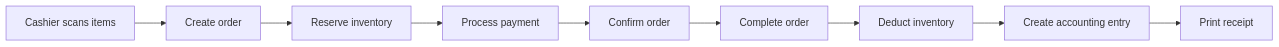
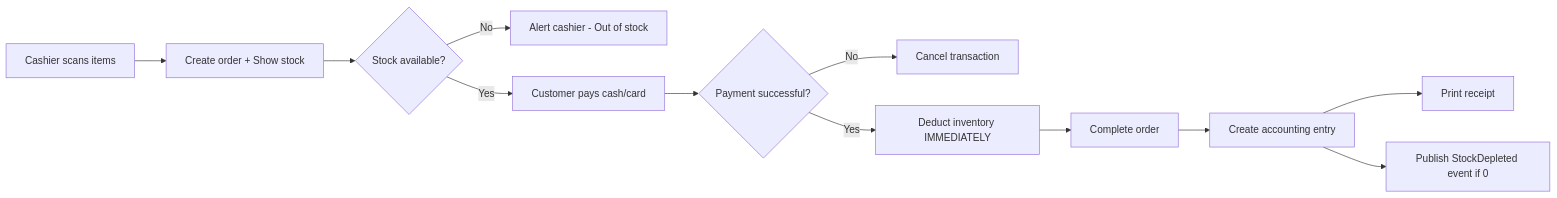
One commit to lukmanha083/kidkazz changed the third of 3 diagrams in docs/MICROSERVICES_INTEGRATION_ROADMAP.md. Above: the diagram before and after it, drawn with Mermaid. The commit also changed other lines of this file, not shown here.

First line of the commit message:
Update Order Service to first-pay-first-served model with real-time inventory

````diff
--- a/docs/MICROSERVICES_INTEGRATION_ROADMAP.md
+++ b/docs/MICROSERVICES_INTEGRATION_ROADMAP.md
@@ -886,11 +914,14 @@
 ```mermaid
 graph LR
-    A[Cashier scans items] --> B[Create order]
-    B --> C[Reserve inventory]
-    C --> D[Process payment]
-    D --> E[Confirm order]
-    E --> F[Complete order]
-    F --> G[Deduct inventory]
-    G --> H[Create accounting entry]
-    H --> I[Print receipt]
+    A[Cashier scans items] --> B[Create order + Show stock]
+    B --> C{Stock available?}
+    C -->|No| D[Alert cashier - Out of stock]
+    C -->|Yes| E[Customer pays cash/card]
+    E --> F{Payment successful?}
+    F -->|No| G[Cancel transaction]
+    F -->|Yes| H[Deduct inventory IMMEDIATELY]
+    H --> I[Complete order]
+    I --> J[Create accounting entry]
+    J --> K[Print receipt]
+    J --> L[Publish StockDepleted event if 0]
 ```
````
